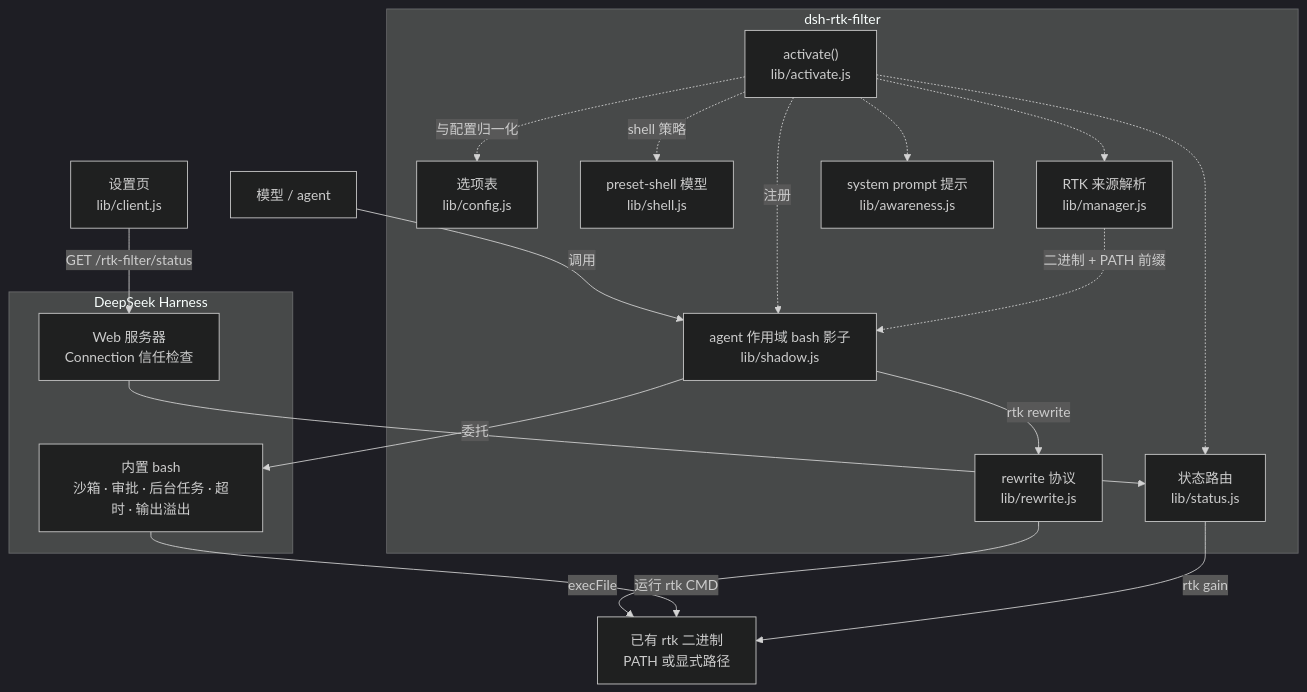
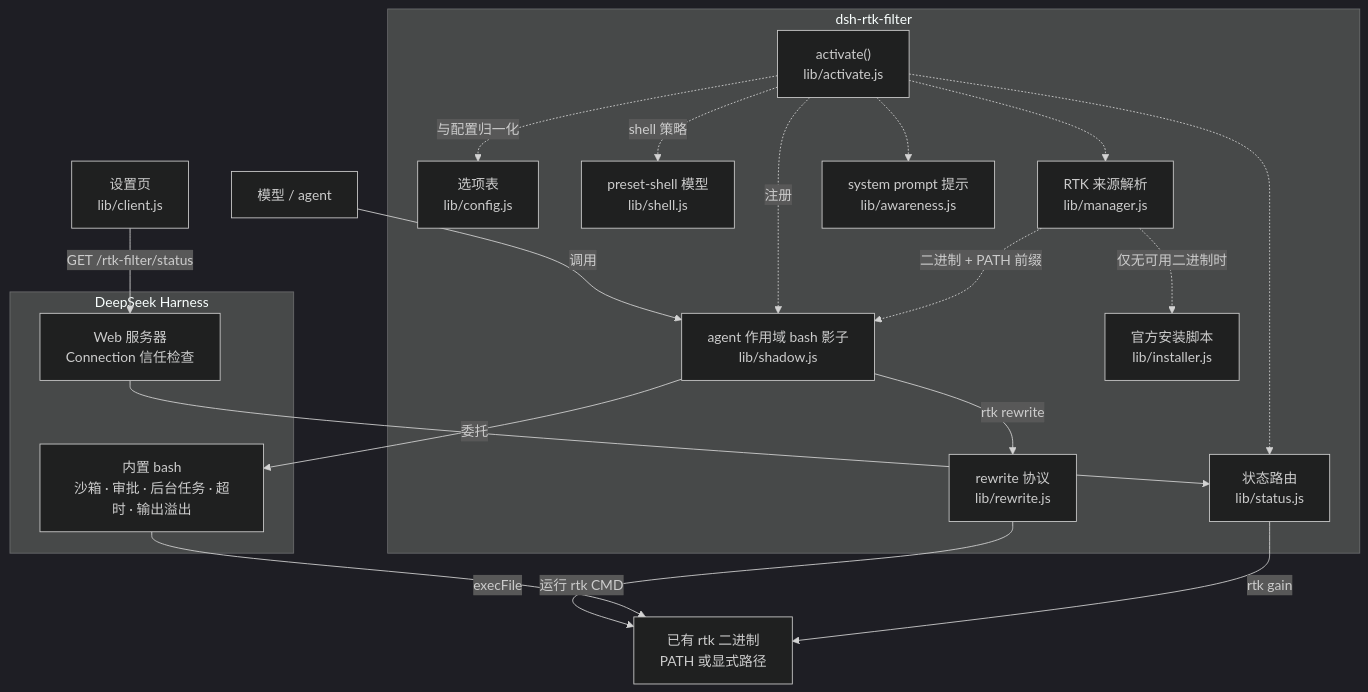
Before and after one commit to okamitimo233/dsh-rtk-filter: the diagram in README_zh.md, drawn with Mermaid (dark theme). The commit also changed other lines of this file and 15 other files, not shown here.

````diff
--- a/README_zh.md
+++ b/README_zh.md
@@ -46,37 +47,39 @@
 ```mermaid
 flowchart TB
     Model["模型 / agent"]
 
     subgraph Plugin["dsh-rtk-filter"]
         Activate["activate()<br/>lib/activate.js"]
         Config["选项表<br/>lib/config.js"]
         Shell["preset-shell 模型<br/>lib/shell.js"]
         Shadow["agent 作用域 bash 影子<br/>lib/shadow.js"]
         Rewrite["rewrite 协议<br/>lib/rewrite.js"]
         Manager["RTK 来源解析<br/>lib/manager.js"]
+        Installer["官方安装脚本<br/>lib/installer.js"]
         Prompt["system prompt 提示<br/>lib/awareness.js"]
         Status["状态路由<br/>lib/status.js"]
     end
 
     subgraph Host["DeepSeek Harness"]
         Base["内置 bash<br/>沙箱 · 审批 · 后台任务 · 超时 · 输出溢出"]
         Web["Web 服务器<br/>Connection 信任检查"]
     end
 
     RTK["已有 rtk 二进制<br/>PATH 或显式路径"]
     Browser["设置页<br/>lib/client.js"]
 
     Model -->|"调用"| Shadow
     Shadow -->|"rtk rewrite"| Rewrite -->|"execFile"| RTK
     Shadow -->|"委托"| Base -->|"运行 rtk CMD"| RTK
 
     Activate -.->|"注册"| Shadow
     Activate -.->|"shell 策略"| Shell
     Activate -.->|"与配置归一化"| Config
     Activate -.-> Prompt
     Activate -.-> Manager
     Activate -.-> Status
     Manager -.->|"二进制 + PATH 前缀"| Shadow
+    Manager -.->|"仅无可用二进制时"| Installer
 
     Browser -->|"GET /rtk-filter/status"| Web --> Status -->|"rtk gain"| RTK
 ```
````
